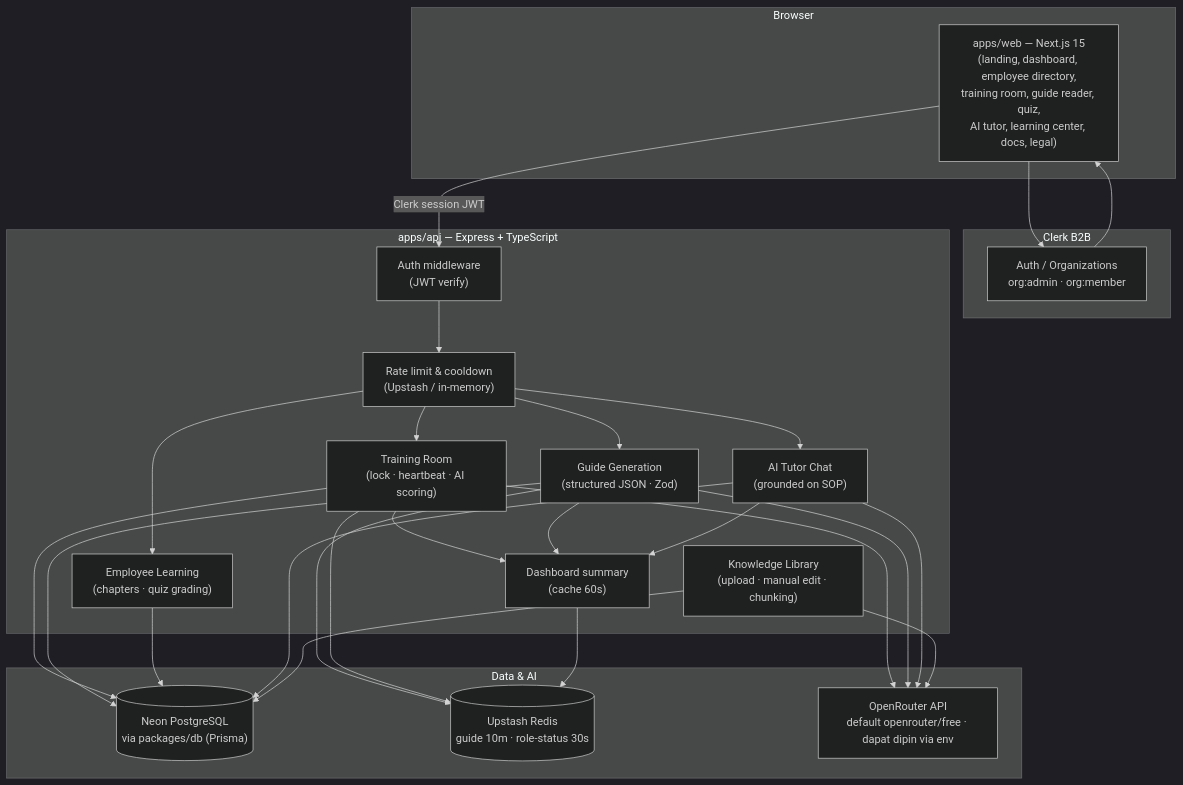
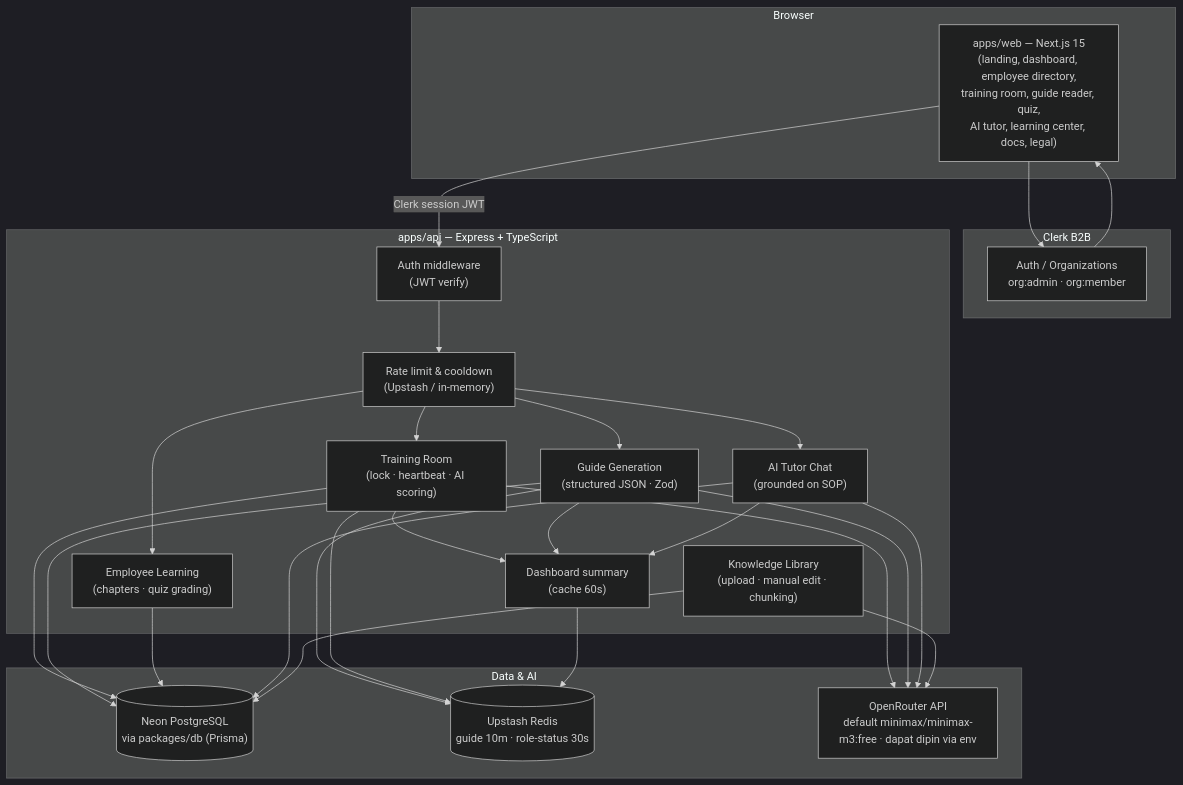
One commit to alarixfr/emplobo changed the diagram in README.md. Above: the diagram before and after it, drawn with Mermaid (dark theme). The commit also changed other lines of this file and 6 other files, not shown here.

Commit message:
refactor(api): use MiniMax M3 free as default AI model; production-ready Indonesian prompts

````diff
--- a/README.md
+++ b/README.md
@@ -186,41 +186,41 @@
 ```mermaid
 flowchart TB
   subgraph Browser["Browser"]
     W["apps/web — Next.js 15<br/>(landing, dashboard, employee directory,<br/>training room, guide reader, quiz,<br/>AI tutor, learning center, docs, legal)"]
   end
 
   subgraph Clerk["Clerk B2B"]
     CL["Auth / Organizations<br/>org:admin · org:member"]
   end
 
   subgraph API["apps/api — Express + TypeScript"]
     A["Auth middleware<br/>(JWT verify)"]
     RL["Rate limit & cooldown<br/>(Upstash / in-memory)"]
     TR["Training Room<br/>(lock · heartbeat · AI scoring)"]
     GG["Guide Generation<br/>(structured JSON · Zod)"]
     KB["Knowledge Library<br/>(upload · manual edit · chunking)"]
     EMP["Employee Learning<br/>(chapters · quiz grading)"]
     CH["AI Tutor Chat<br/>(grounded on SOP)"]
     DBX["Dashboard summary<br/>(cache 60s)"]
   end
 
   subgraph Data["Data & AI"]
     DB[("Neon PostgreSQL<br/>via packages/db (Prisma)")]
     RC[("Upstash Redis<br/>guide 10m · role-status 30s")]
-    AI["OpenRouter API<br/>default openrouter/free · dapat dipin via env"]
+    AI["OpenRouter API<br/>default minimax/minimax-m3:free · dapat dipin via env"]
   end
 
   W -->|Clerk session JWT| A
   W --> CL
   CL --> W
   A --> RL
   RL --> TR & GG & EMP & CH
   TR --> AI
   GG --> AI
   CH --> AI
   KB --> AI
   TR & GG & CH --> DBX
   TR & GG & EMP & CH & KB --> DB
   GG & TR --> RC
   DBX --> RC
 ```
````
